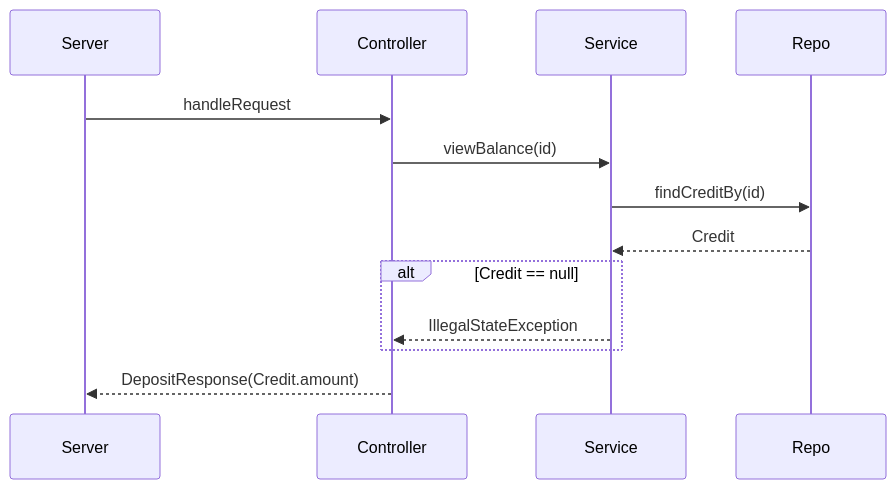
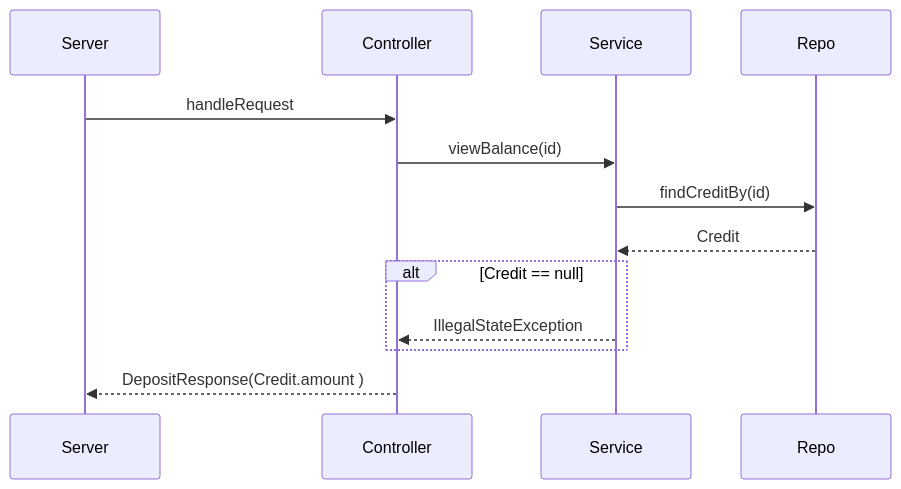
Diagram 12 of 12 in docs/technicalDocs_v3.md (Apameus/ATM_Underground), drawn with Mermaid before and after one commit. The commit also changed 31 other files, not shown here.

````diff
--- a/docs/technicalDocs_v3.md
+++ b/docs/technicalDocs_v3.md
@@ -250,15 +250,15 @@
 ```mermaid
 sequenceDiagram
     participant S as Server
     participant C as Controller
     participant SE as Service
     participant R as Repo
     S ->> C: handleRequest
     C ->> SE: viewBalance(id)
     SE ->> R: findCreditBy(id)
     R -->> SE: Credit
     alt Credit == null
         SE -->> C: IllegalStateException
     end
-    C -->> S: DepositResponse(Credit.amount) 
+    C -->> S: DepositResponse(Credit.amount ) 
 ```
````
